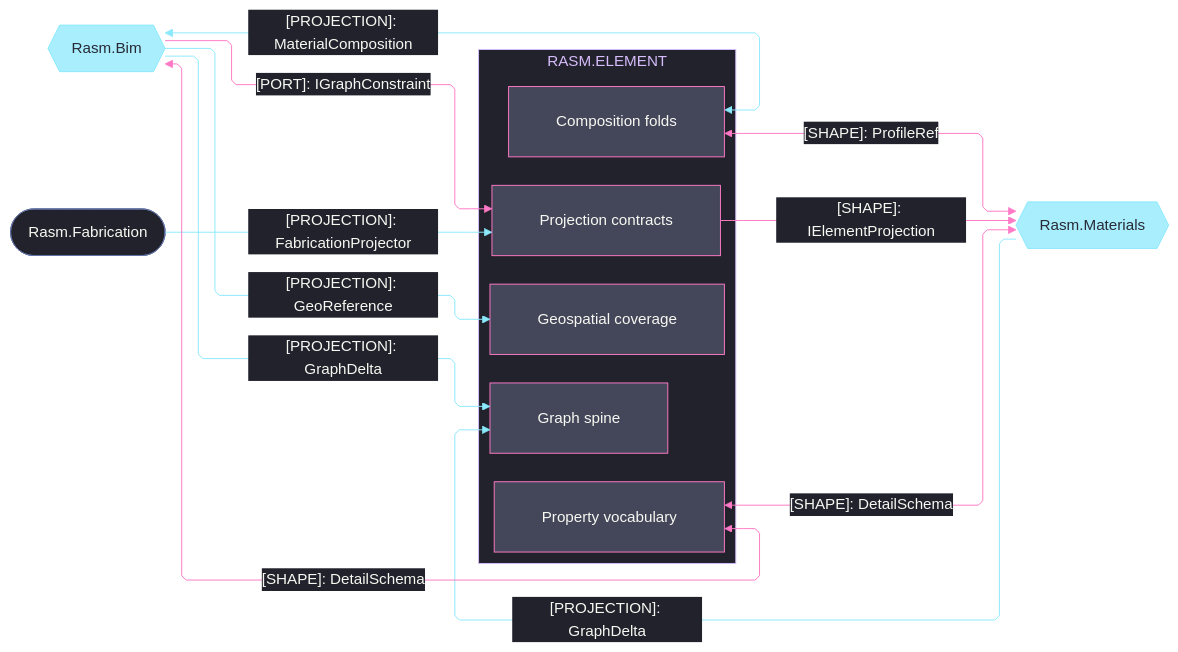
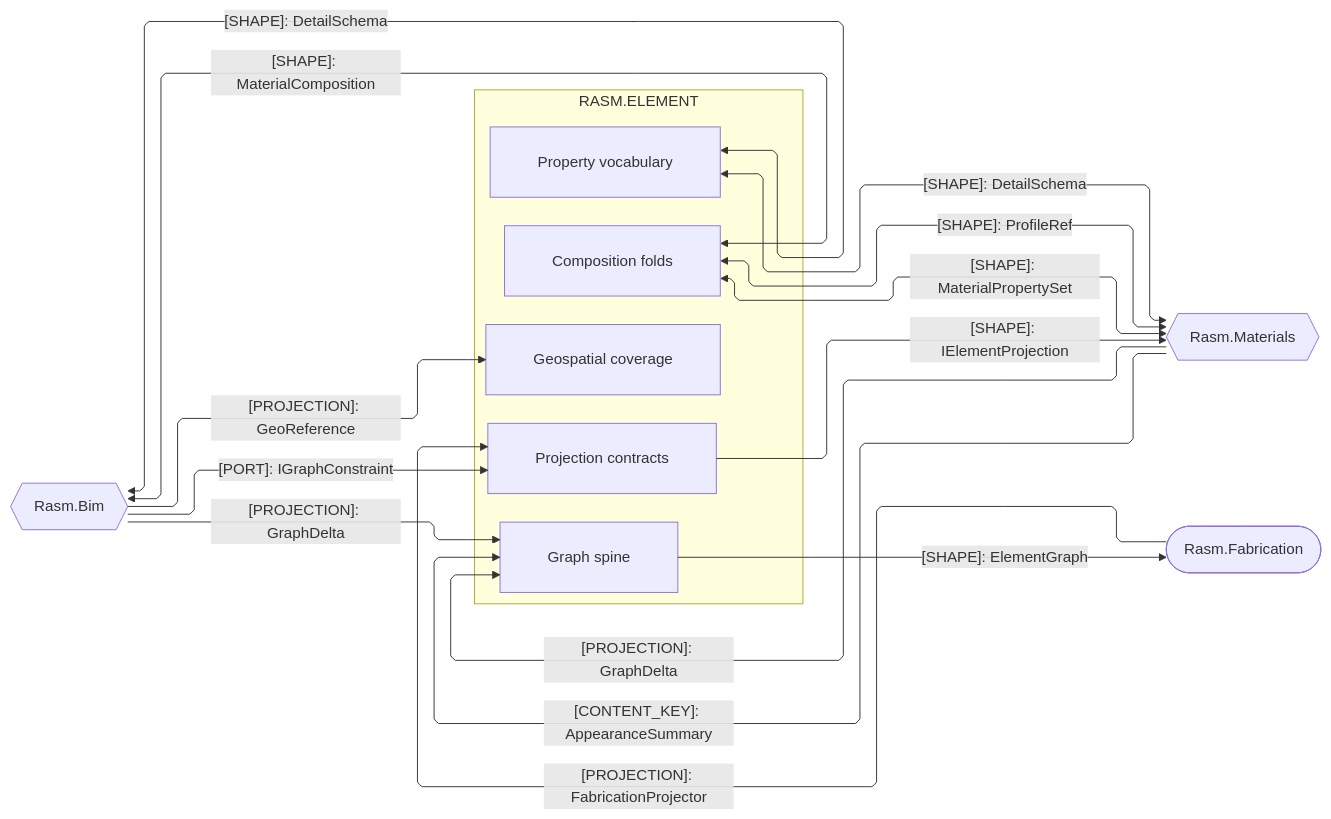
Before and after one commit to bsamiee/Rasm: the second of 3 diagrams in libs/csharp/Rasm.Element/ARCHITECTURE.md, drawn with Mermaid. The commit also changed other lines of this file and 460 other files, not shown here.

````diff
--- a/libs/csharp/Rasm.Element/ARCHITECTURE.md
+++ b/libs/csharp/Rasm.Element/ARCHITECTURE.md
@@ -129,61 +102,35 @@
 ```mermaid
 ---
 config:
-  theme: base
-  look: classic
   layout: elk
   flowchart:
     curve: linear
     padding: 25
-  themeVariables:
-    darkMode: true
-    fontFamily: "SF Mono, Menlo, Cascadia Mono, Segoe UI Mono, Consolas, monospace"
-    useGradient: false
-    dropShadow: "none"
-    background: "#282A36"
-    primaryColor: "#44475A"
-    primaryTextColor: "#F8F8F2"
-    primaryBorderColor: "#BD93F9"
-    lineColor: "#FF79C6"
-    textColor: "#F8F8F2"
-    clusterBkg: "#21222C"
-    clusterBorder: "#D6BCFA"
-    edgeLabelBackground: "#21222C"
-    labelBackgroundColor: "#21222C"
-    titleColor: "#D6BCFA"
-  themeCSS: ".nodeLabel{font-size:13px;font-weight:500}.edgeLabel{font-size:12px;font-weight:500}.cluster-label .nodeLabel{font-size:13.5px;font-weight:700;letter-spacing:.08em}.edge-thickness-normal{stroke-width:2px}.edge-thickness-thick{stroke-width:3px}.edge-pattern-dashed,.edge-pattern-dotted{stroke-width:1.5px;stroke-dasharray:4 6}.node rect,.node circle,.node polygon,.node path,.node .outer-path{stroke-width:1.5px;filter:none!important}.cluster rect{stroke-width:1px!important;stroke-dasharray:5 4!important;filter:none!important}.marker path{transform:scale(.8);transform-origin:5px 5px}.marker circle{transform:scale(.48);transform-origin:5px 5px}.edgeLabel rect{transform-box:fill-box;transform-origin:center;transform:scale(1.1,1.2)}"
 ---
 flowchart LR
     accTitle: Element AEC-domain projection seams
-    accDescr: Element sub-domain owners exchanging projections and neutral shapes with the AEC peers Bim, Materials, and Fabrication, edge rails colored by kind and nodes classed by seam direction.
+    accDescr: Element sub-domain owners exchanging projections and neutral shapes with the AEC peers Bim, Materials, and Fabrication, one edge per contract family mirrored on the counterpart folder.
     subgraph element[RASM.ELEMENT]
         Graph[Graph spine]
         Projection[Projection contracts]
         Composition[Composition folds]
         Properties[Property vocabulary]
         Geospatial[Geospatial coverage]
     end
     Bim{{Rasm.Bim}}
     Materials{{Rasm.Materials}}
     Fabrication([Rasm.Fabrication])
-    Bim e1@-->|"[PROJECTION]: GraphDelta"| Graph
-    Materials e2@-->|"[PROJECTION]: GraphDelta"| Graph
-    Bim e3@-->|"[PORT]: IGraphConstraint"| Projection
-    Fabrication e4@-->|"[PROJECTION]: FabricationProjector"| Projection
-    Projection e5@-->|"[SHAPE]: IElementProjection"| Materials
-    Composition e6@<-->|"[PROJECTION]: MaterialComposition"| Bim
-    Composition e7@<-->|"[SHAPE]: ProfileRef"| Materials
-    Properties e8@<-->|"[SHAPE]: DetailSchema"| Bim
-    Properties e9@<-->|"[SHAPE]: DetailSchema"| Materials
-    Bim e10@-->|"[PROJECTION]: GeoReference"| Geospatial
-    classDef primary fill:#44475A,stroke:#FF79C6,color:#F8F8F2
-    classDef external fill:#8BE9FDBF,stroke:#8BE9FD,color:#282A36
-    classDef annotation fill:#21222C,stroke:#6272A4,color:#F8F8F2
-    classDef edgeExternal stroke:#8BE9FD,color:#F8F8F2
-    classDef edgeControl stroke:#FF79C6,color:#F8F8F2
-    class Graph,Projection,Composition,Properties,Geospatial primary
-    class Bim,Materials external
-    class Fabrication annotation
-    class e1,e2,e4,e6,e10 edgeExternal
-    class e3,e5,e7,e8,e9 edgeControl
+    Bim -->|"[PROJECTION]: GraphDelta"| Graph
+    Materials -->|"[PROJECTION]: GraphDelta"| Graph
+    Graph -->|"[SHAPE]: ElementGraph"| Fabrication
+    Bim -->|"[PORT]: IGraphConstraint"| Projection
+    Fabrication -->|"[PROJECTION]: FabricationProjector"| Projection
+    Projection -->|"[SHAPE]: IElementProjection"| Materials
+    Composition <-->|"[SHAPE]: MaterialComposition"| Bim
+    Composition <-->|"[SHAPE]: ProfileRef"| Materials
+    Composition <-->|"[SHAPE]: MaterialPropertySet"| Materials
+    Materials -->|"[CONTENT_KEY]: AppearanceSummary"| Graph
+    Properties <-->|"[SHAPE]: DetailSchema"| Bim
+    Properties <-->|"[SHAPE]: DetailSchema"| Materials
+    Bim -->|"[PROJECTION]: GeoReference"| Geospatial
 ```
````
